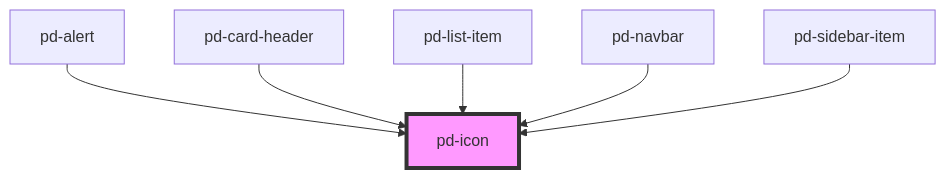
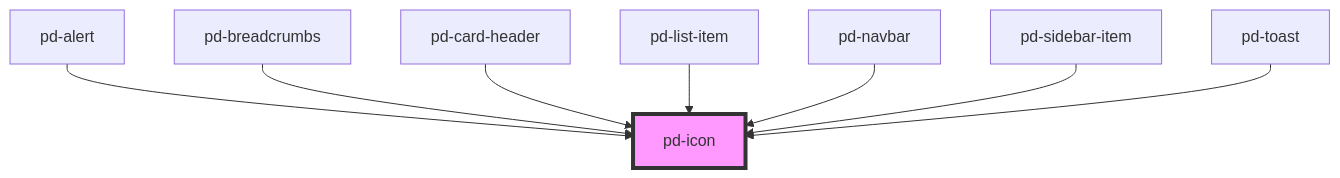
One commit to Lambda-IT/parlamentsdienste-components changed the diagram in src/components/pd-icon/readme.md. Above: the diagram before and after it, drawn with Mermaid. The commit also changed other lines of this file and 7 other files, not shown here.

````diff
--- a/src/components/pd-icon/readme.md
+++ b/src/components/pd-icon/readme.md
@@ -53,9 +55,11 @@
 ```mermaid
 graph TD;
   pd-alert --> pd-icon
+  pd-breadcrumbs --> pd-icon
   pd-card-header --> pd-icon
   pd-list-item --> pd-icon
   pd-navbar --> pd-icon
   pd-sidebar-item --> pd-icon
+  pd-toast --> pd-icon
   style pd-icon fill:#f9f,stroke:#333,stroke-width:4px
 ```
````
